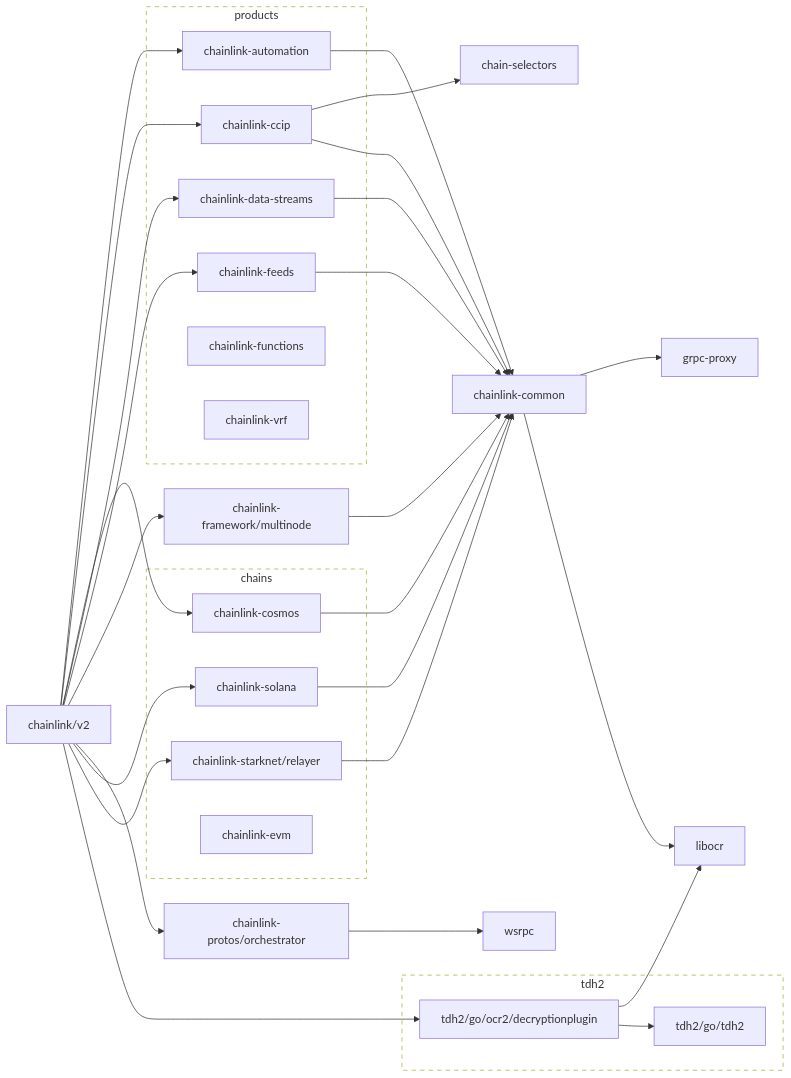
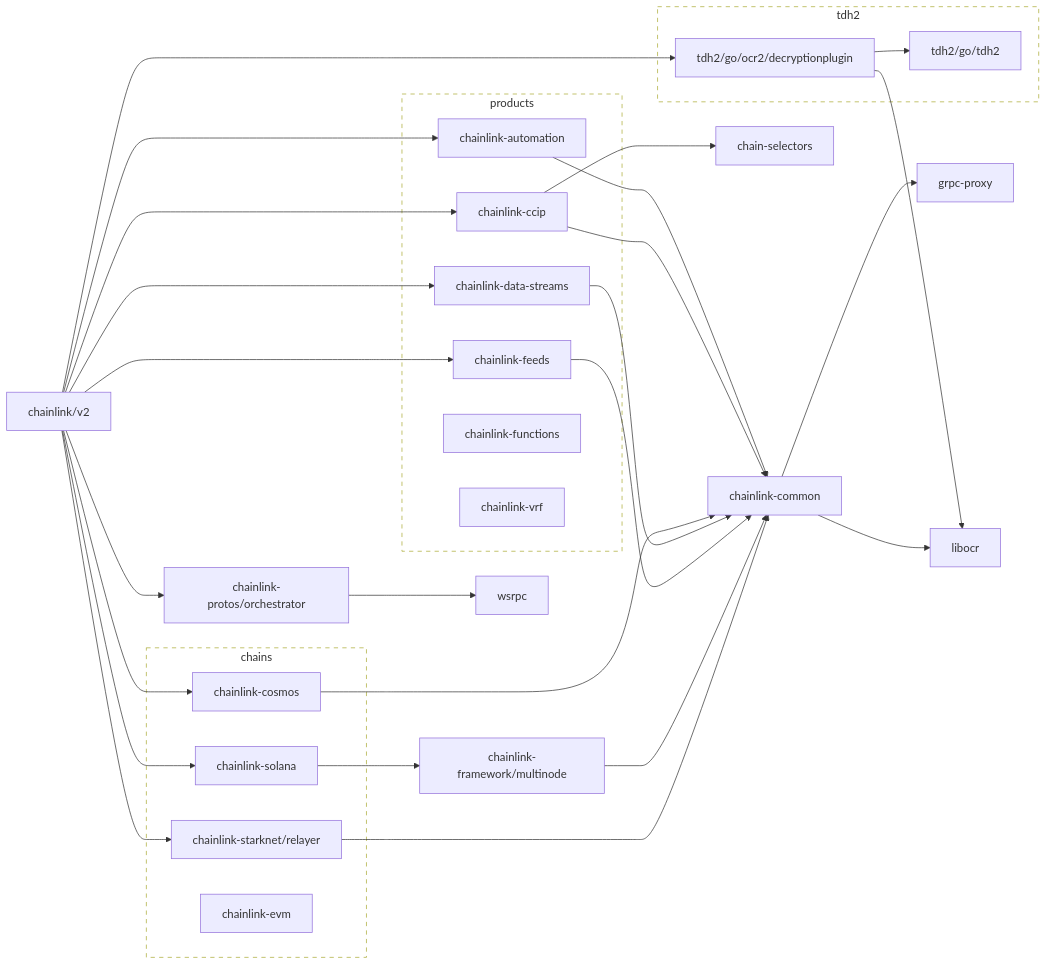
One commit to smartcontractkit/chainlink changed the first of 2 diagrams in go.md. Above: the diagram before and after it, drawn with Mermaid. The commit also changed other lines of this file, not shown here.

````diff
--- a/go.md
+++ b/go.md
@@ -3,77 +3,76 @@
 ```mermaid
 flowchart LR
   subgraph chains
     chainlink-cosmos
     chainlink-solana
     chainlink-starknet/relayer
     chainlink-evm
   end
 
   subgraph products
     chainlink-automation
     chainlink-ccip
     chainlink-data-streams
     chainlink-feeds
     chainlink-functions
     chainlink-vrf
   end
 
   classDef group stroke-dasharray:6,fill:none;
   class chains,products group
 
 	chain-selectors
 	click chain-selectors href "https://github.com/smartcontractkit/chain-selectors"
 	chainlink-automation --> chainlink-common
 	click chainlink-automation href "https://github.com/smartcontractkit/chainlink-automation"
 	chainlink-ccip --> chain-selectors
 	chainlink-ccip --> chainlink-common
 	click chainlink-ccip href "https://github.com/smartcontractkit/chainlink-ccip"
 	chainlink-common --> grpc-proxy
 	chainlink-common --> libocr
 	click chainlink-common href "https://github.com/smartcontractkit/chainlink-common"
 	chainlink-cosmos --> chainlink-common
 	click chainlink-cosmos href "https://github.com/smartcontractkit/chainlink-cosmos"
 	chainlink-data-streams --> chainlink-common
 	click chainlink-data-streams href "https://github.com/smartcontractkit/chainlink-data-streams"
 	chainlink-feeds --> chainlink-common
 	click chainlink-feeds href "https://github.com/smartcontractkit/chainlink-feeds"
 	chainlink-framework/multinode --> chainlink-common
 	click chainlink-framework/multinode href "https://github.com/smartcontractkit/chainlink-framework"
 	chainlink-protos/orchestrator --> wsrpc
 	click chainlink-protos/orchestrator href "https://github.com/smartcontractkit/chainlink-protos"
-	chainlink-solana --> chainlink-common
+	chainlink-solana --> chainlink-framework/multinode
 	click chainlink-solana href "https://github.com/smartcontractkit/chainlink-solana"
 	chainlink-starknet/relayer --> chainlink-common
 	click chainlink-starknet/relayer href "https://github.com/smartcontractkit/chainlink-starknet"
 	chainlink/v2 --> chainlink-automation
 	chainlink/v2 --> chainlink-ccip
 	chainlink/v2 --> chainlink-cosmos
 	chainlink/v2 --> chainlink-data-streams
 	chainlink/v2 --> chainlink-feeds
-	chainlink/v2 --> chainlink-framework/multinode
 	chainlink/v2 --> chainlink-protos/orchestrator
 	chainlink/v2 --> chainlink-solana
 	chainlink/v2 --> chainlink-starknet/relayer
 	chainlink/v2 --> tdh2/go/ocr2/decryptionplugin
 	click chainlink/v2 href "https://github.com/smartcontractkit/chainlink"
 	grpc-proxy
 	click grpc-proxy href "https://github.com/smartcontractkit/grpc-proxy"
 	libocr
 	click libocr href "https://github.com/smartcontractkit/libocr"
 	tdh2/go/ocr2/decryptionplugin --> libocr
 	tdh2/go/ocr2/decryptionplugin --> tdh2/go/tdh2
 	click tdh2/go/ocr2/decryptionplugin href "https://github.com/smartcontractkit/tdh2"
 	tdh2/go/tdh2
 	click tdh2/go/tdh2 href "https://github.com/smartcontractkit/tdh2"
 	wsrpc
 	click wsrpc href "https://github.com/smartcontractkit/wsrpc"
 
 	subgraph tdh2-repo[tdh2]
 		 tdh2/go/ocr2/decryptionplugin
 		 tdh2/go/tdh2
 	end
 	click tdh2-repo href "https://github.com/smartcontractkit/tdh2"
 
 	classDef outline stroke-dasharray:6,fill:none;
 	class tdh2-repo outline
 ```
````
